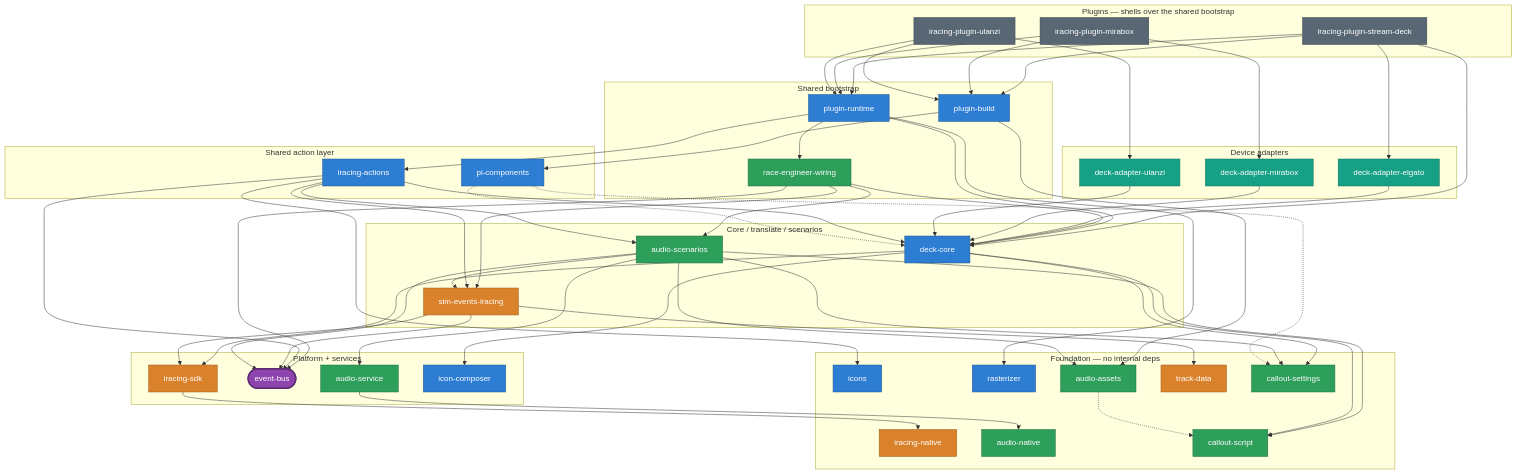
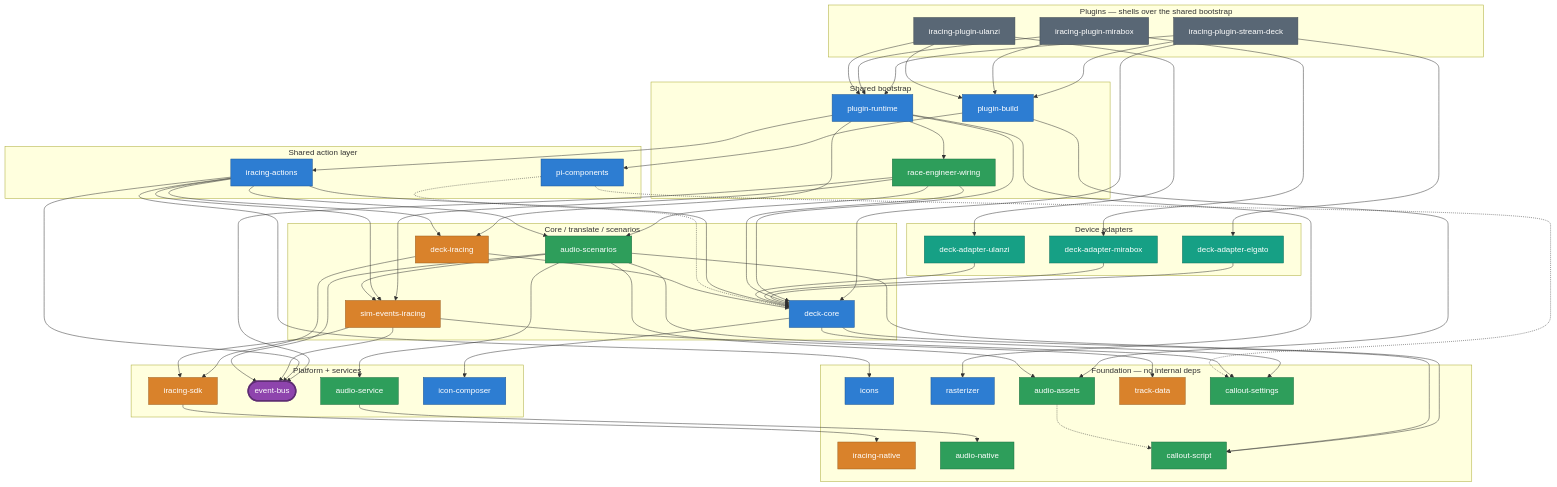
One commit to niklam/iracedeck changed the eighth of 8 diagrams in packages/website/src/content/docs/docs/development/architecture.md. Above: the diagram before and after it, drawn with Mermaid. The commit also changed other lines of this file and 133 other files, not shown here.

First line of the commit message:
refactor(deck-iracing): put iRacing behind a sim-connection seam (#1363) (#1368)

```diff
--- a/packages/website/src/content/docs/docs/development/architecture.md
+++ b/packages/website/src/content/docs/docs/development/architecture.md
@@ -322,6 +333,7 @@
   end
   subgraph brain["Core / translate / scenarios"]
     dc["deck-core"]:::core
+    dkir["deck-iracing"]:::sim
     sei["sim-events-iracing"]:::sim
     asc["audio-scenarios"]:::audio
   end
@@ -359,6 +371,7 @@
   prt --> acts
   prt --> rew
   prt --> dc
+  prt --> dkir
   prt --> rast
   rew --> dc
   rew --> asc
@@ -370,6 +383,7 @@
   aul --> dc
 
   acts --> dc
+  acts --> dkir
   pic -.-> dc
   acts --> eb
   acts --> icons
@@ -377,7 +391,8 @@
   acts --> asc
 
   dc --> ic
-  dc --> sdk
+  dkir --> dc
+  dkir --> sdk
   sei --> eb
   sei --> sdk
   sei --> tdata
```
